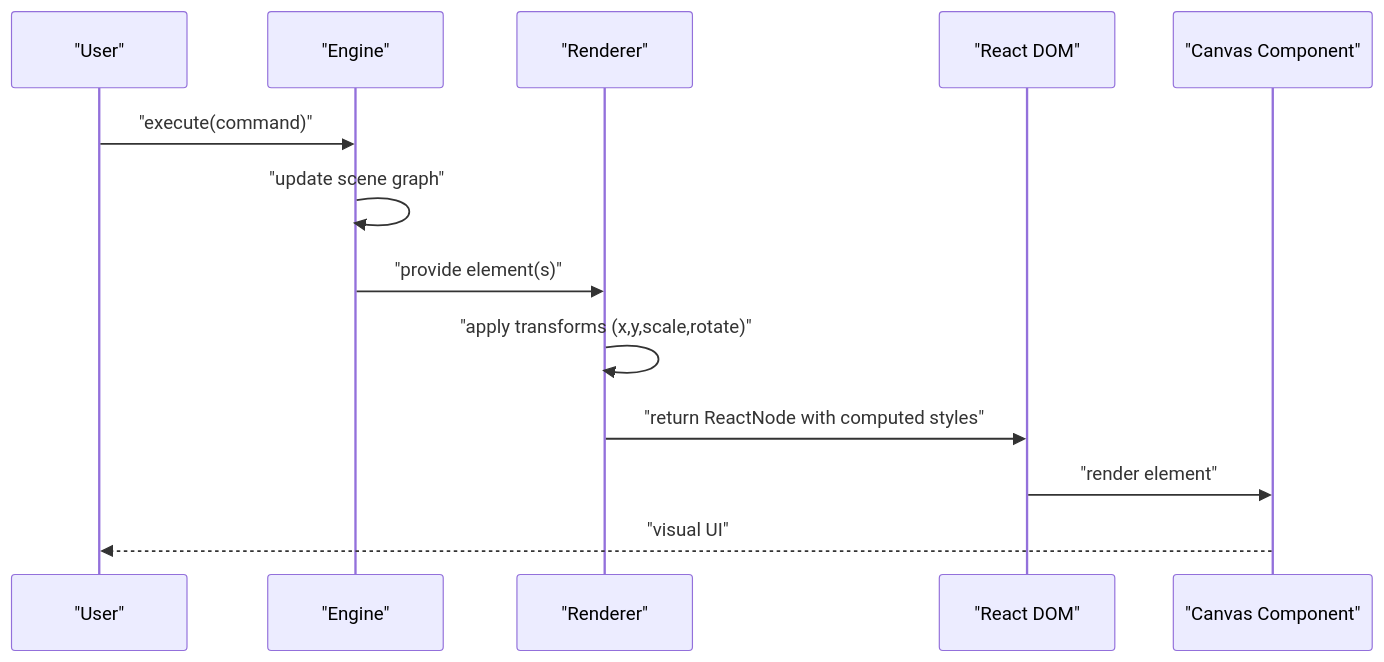
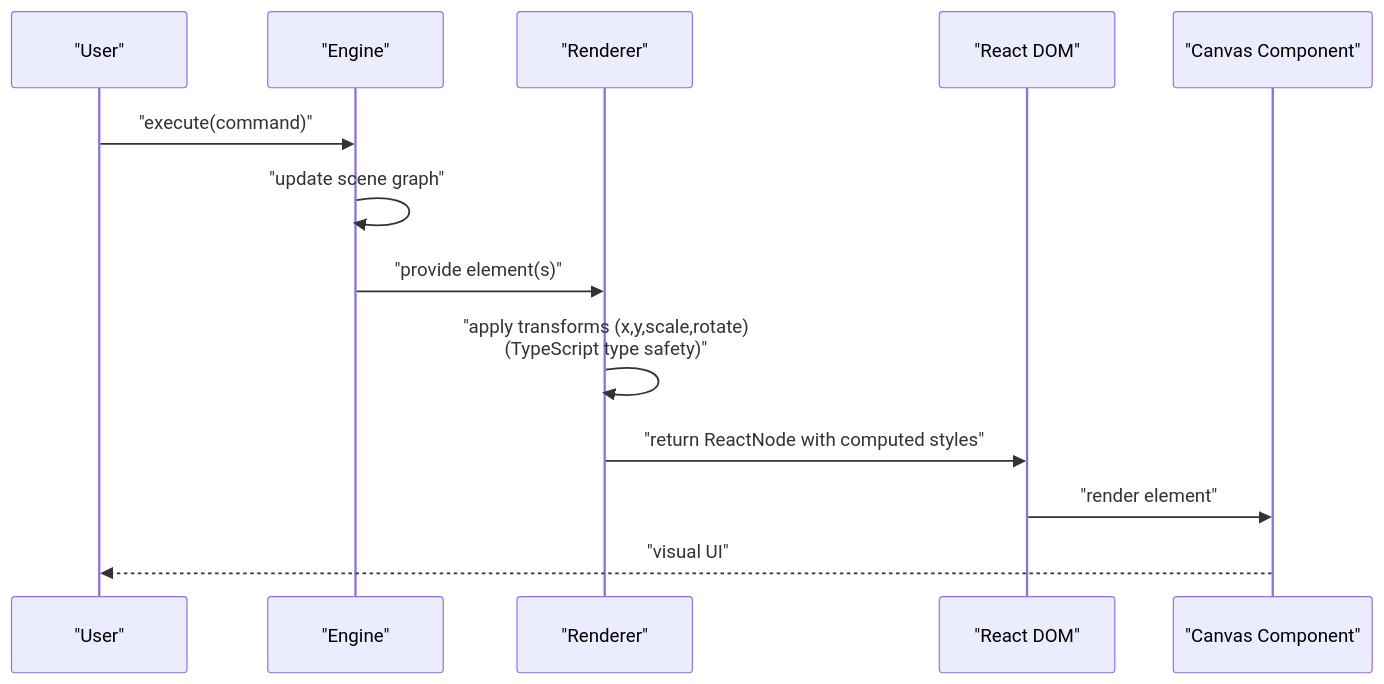
One commit to Anna0314zy/ai_editor_enginer changed the second of 8 diagrams in .qoder/repowiki/en/content/Rendering System/Rendering System.md. Above: the diagram before and after it, drawn with Mermaid. The commit also changed other lines of this file and 10 other files, not shown here.

````diff
--- a/.qoder/repowiki/en/content/Rendering System/Rendering System.md
+++ b/.qoder/repowiki/en/content/Rendering System/Rendering System.md
@@ -132,15 +130,15 @@
 ```mermaid
 sequenceDiagram
 participant User as "User"
 participant Engine as "Engine"
 participant Renderer as "Renderer"
 participant React as "React DOM"
 participant Canvas as "Canvas Component"
 User->>Engine : "execute(command)"
 Engine->>Engine : "update scene graph"
 Engine->>Renderer : "provide element(s)"
-Renderer->>Renderer : "apply transforms (x,y,scale,rotate)"
+Renderer->>Renderer : "apply transforms (x,y,scale,rotate)<br/>(TypeScript type safety)"
 Renderer->>React : "return ReactNode with computed styles"
 React->>Canvas : "render element"
 Canvas-->>User : "visual UI"
 ```
````
